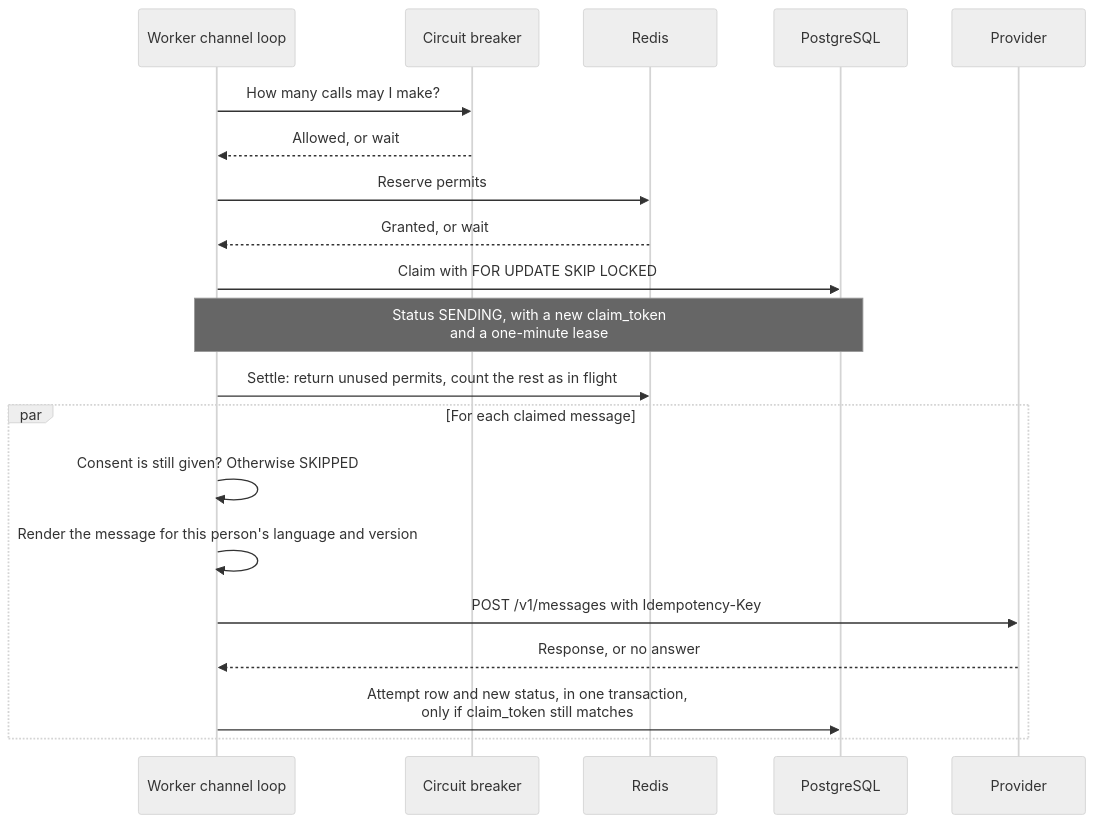
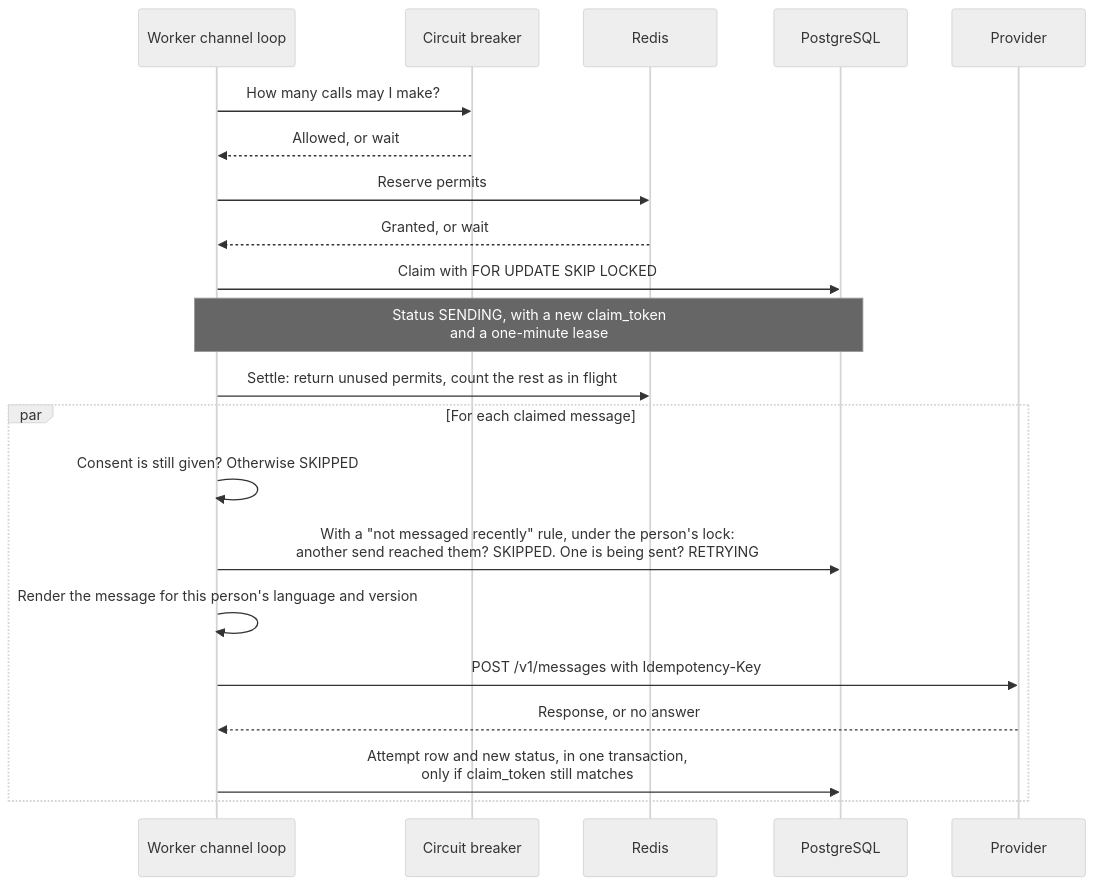
The sixth of 13 diagrams in docs/flows.md (negativexq/smart-campaign-composer), drawn with Mermaid (neutral theme) before and after one commit. The commit also changed 6 other files, not shown here.

Commit message:
fix: check the frequency rule again before each send

````diff
--- a/docs/flows.md
+++ b/docs/flows.md
@@ -173,23 +173,24 @@
 ```mermaid
 sequenceDiagram
     participant W as Worker channel loop
     participant B as Circuit breaker
     participant R as Redis
     participant D as PostgreSQL
     participant P as Provider
 
     W->>B: How many calls may I make?
     B-->>W: Allowed, or wait
     W->>R: Reserve permits
     R-->>W: Granted, or wait
     W->>D: Claim with FOR UPDATE SKIP LOCKED
     Note over W,D: Status SENDING, with a new claim_token<br/>and a one-minute lease
     W->>R: Settle: return unused permits, count the rest as in flight
     par For each claimed message
         W->>W: Consent is still given? Otherwise SKIPPED
+        W->>D: With a "not messaged recently" rule, under the person's lock:<br/>another send reached them? SKIPPED. One is being sent? RETRYING
         W->>W: Render the message for this person's language and version
         W->>P: POST /v1/messages with Idempotency-Key
         P-->>W: Response, or no answer
         W->>D: Attempt row and new status, in one transaction,<br/>only if claim_token still matches
     end
 ```
````
